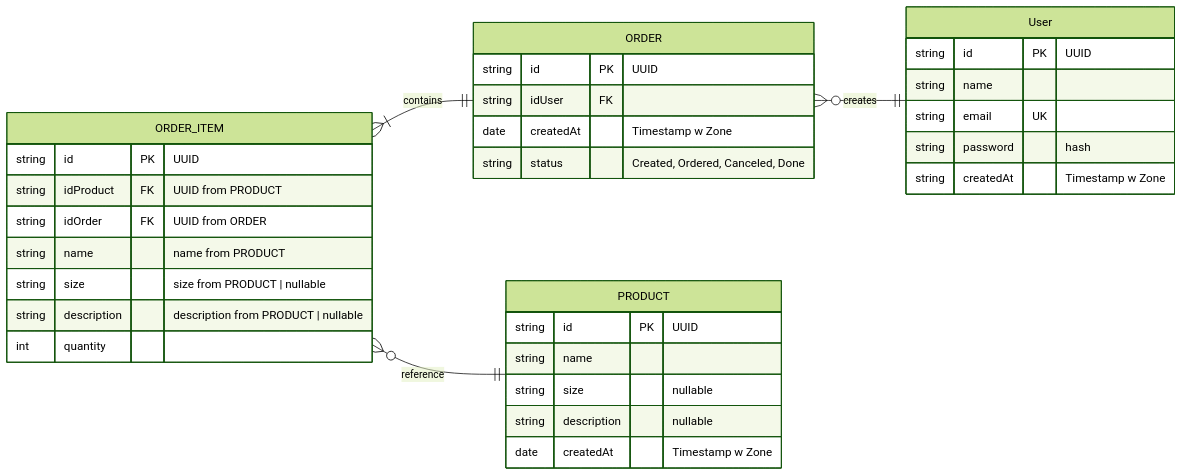
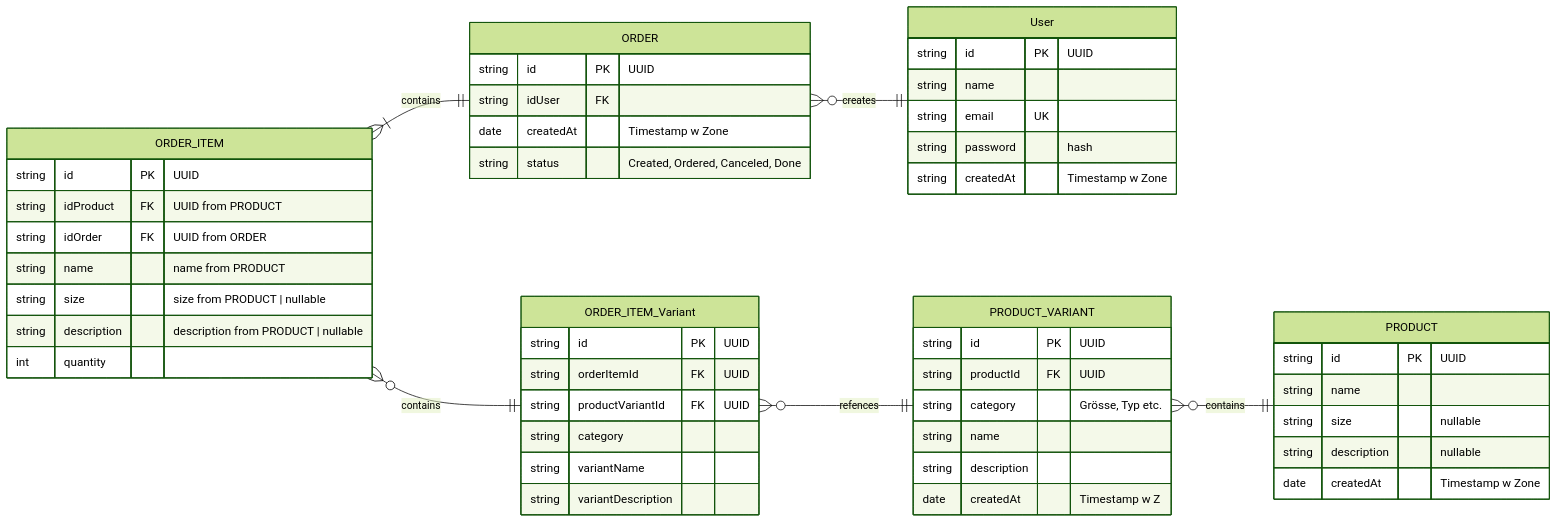
One commit to Tiffinger-Thiel-GmbH/Merch-Shop changed the diagram in README.md. Above: the diagram before and after it, drawn with Mermaid (forest theme).

Commit message:
docs: :memo: extend ER diagramm with Product_Variant and Order_Item_Variant

````diff
--- a/README.md
+++ b/README.md
@@ -23,36 +23,54 @@
 ```mermaid
 erDiagram
     direction RL
     User ||--o{ ORDER : creates
     ORDER ||--}| ORDER_ITEM : contains
-    PRODUCT ||--o{ ORDER_ITEM  : reference
+    PRODUCT ||--o{ PRODUCT_VARIANT  : contains
+    PRODUCT_VARIANT ||--o{ ORDER_ITEM_Variant : refences
+    ORDER_ITEM_Variant ||--o{ ORDER_ITEM : contains
     User {
         string id PK "UUID"
         string name
         string email UK
         string password "hash"
         string createdAt "Timestamp w Zone"
     }
     ORDER {
         string id PK "UUID"
         string idUser FK
         date createdAt  "Timestamp w Zone"
         string status  "Created, Ordered, Canceled, Done"
     }
     PRODUCT {
         string id PK "UUID"
         string name
         string size "nullable"
         string description "nullable"
         date   createdAt "Timestamp w Zone"
     }
     ORDER_ITEM {
         string id PK "UUID"
         string idProduct FK "UUID from PRODUCT"
         string idOrder FK "UUID from ORDER"
         string name  "name from PRODUCT"
         string size  "size from PRODUCT | nullable"
         string description "description from PRODUCT | nullable"
         int quantity
     }
+    PRODUCT_VARIANT {
+        string id PK "UUID"
+        string productId FK "UUID"
+        string category "Grösse, Typ etc."
+        string name
+        string description
+        date createdAt "Timestamp w Z"
+    }
+    ORDER_ITEM_Variant {
+        string id PK "UUID"
+        string orderItemId FK "UUID"
+        string productVariantId FK "UUID"
+        string category
+        string variantName
+        string variantDescription
+    }
 ```
````
